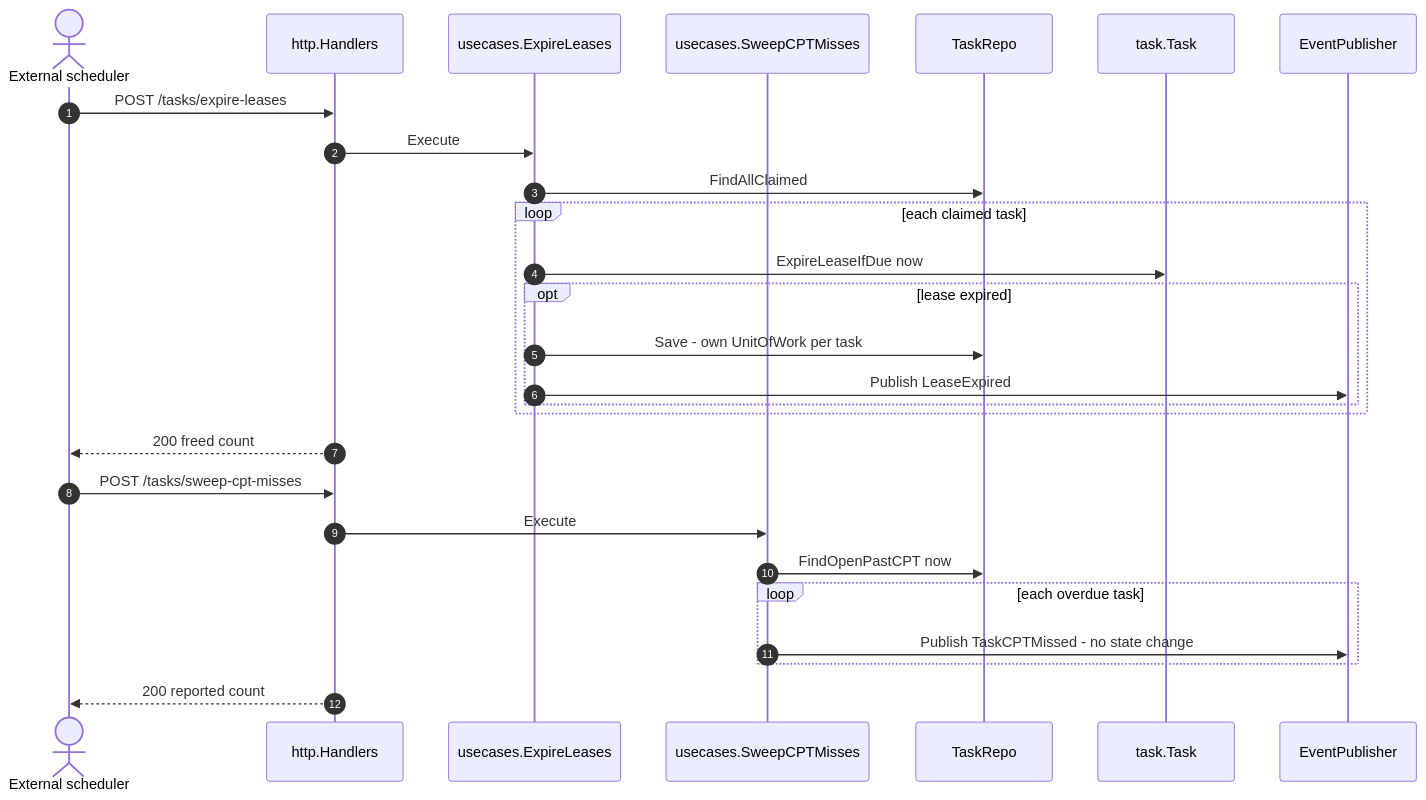
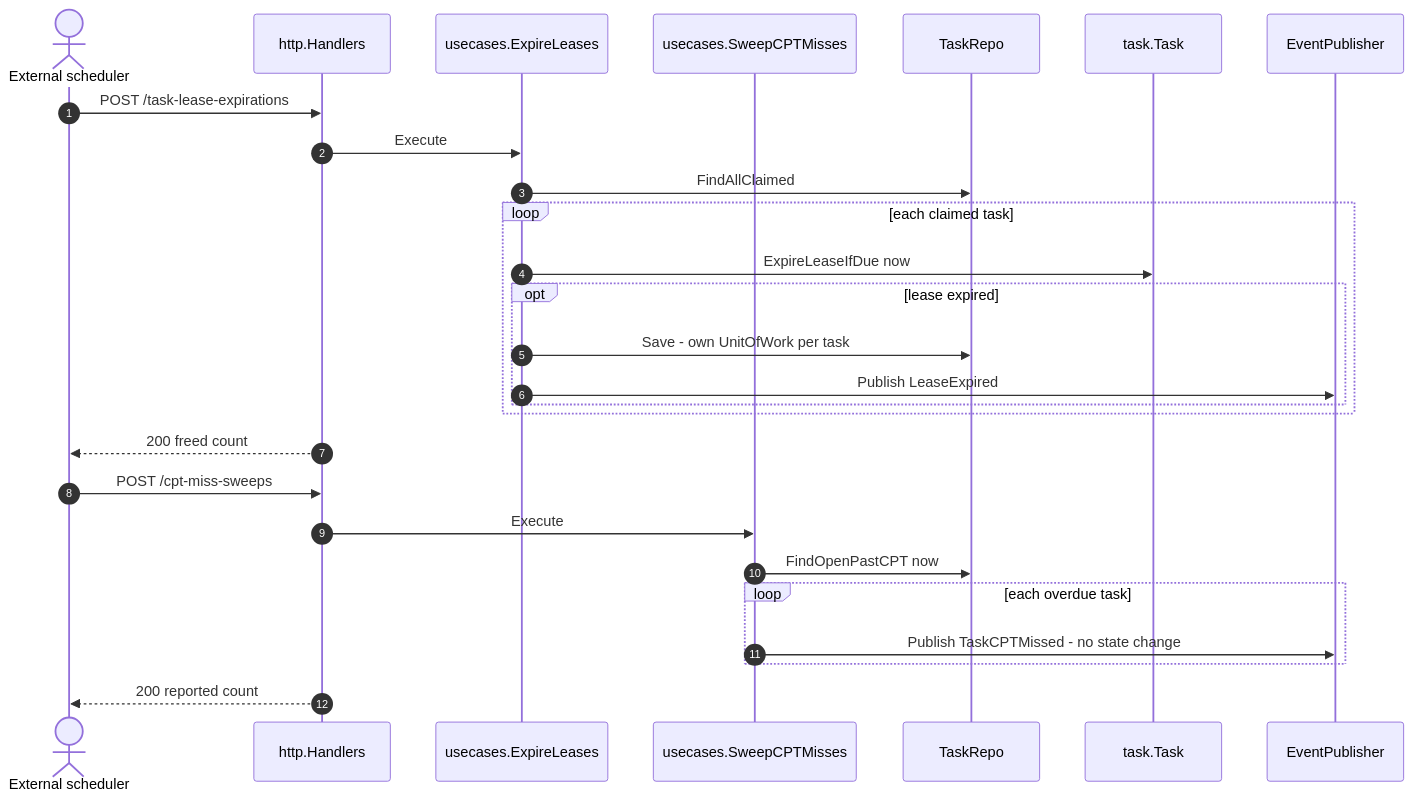
One commit to IQVO/warehouse-docs changed the tenth of 10 diagrams in docs/contexts/fulfillment-execution/sequence-diagrams.md. Above: the diagram before and after it, drawn with Mermaid. The commit also changed other lines of this file and 272 other files, not shown here.

````diff
--- a/docs/contexts/fulfillment-execution/sequence-diagrams.md
+++ b/docs/contexts/fulfillment-execution/sequence-diagrams.md
@@ -424,29 +424,29 @@
 ```mermaid
 sequenceDiagram
     autonumber
     actor SCH as External scheduler
     participant H as http.Handlers
     participant EL as usecases.ExpireLeases
     participant SW as usecases.SweepCPTMisses
     participant R as TaskRepo
     participant T as task.Task
     participant P as EventPublisher
-    SCH->>H: POST /tasks/expire-leases
+    SCH->>H: POST /task-lease-expirations
     H->>EL: Execute
     EL->>R: FindAllClaimed
     loop each claimed task
         EL->>T: ExpireLeaseIfDue now
         opt lease expired
             EL->>R: Save - own UnitOfWork per task
             EL->>P: Publish LeaseExpired
         end
     end
     H-->>SCH: 200 freed count
-    SCH->>H: POST /tasks/sweep-cpt-misses
+    SCH->>H: POST /cpt-miss-sweeps
     H->>SW: Execute
     SW->>R: FindOpenPastCPT now
     loop each overdue task
         SW->>P: Publish TaskCPTMissed - no state change
     end
     H-->>SCH: 200 reported count
 ```
````
